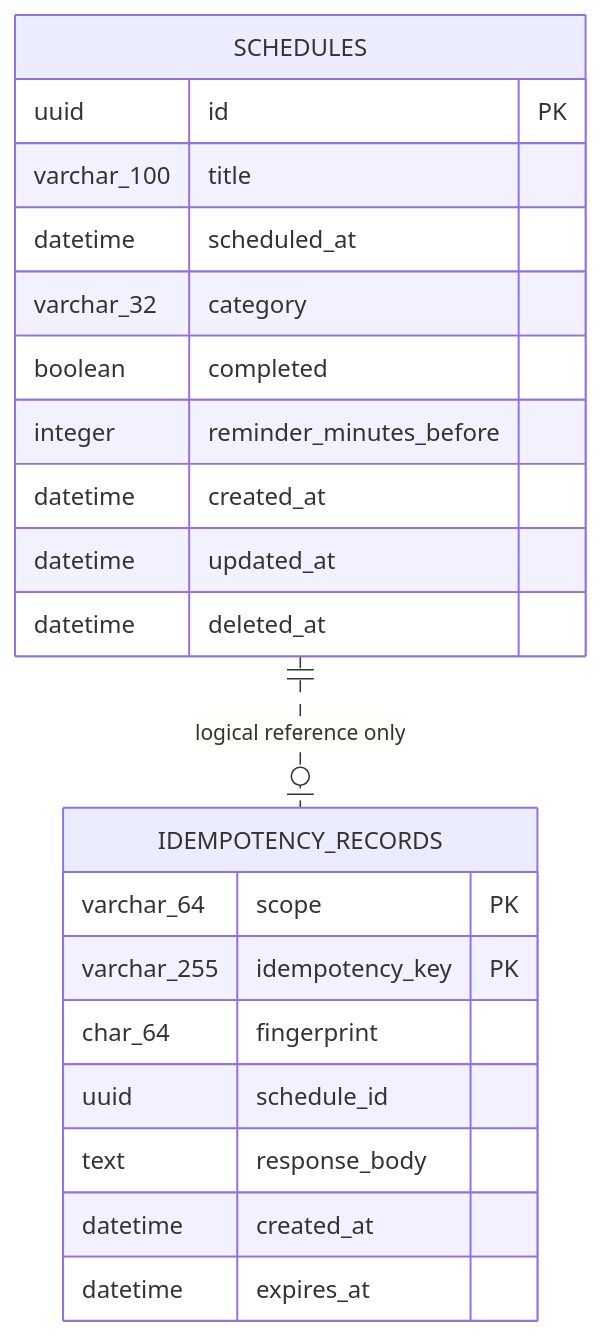
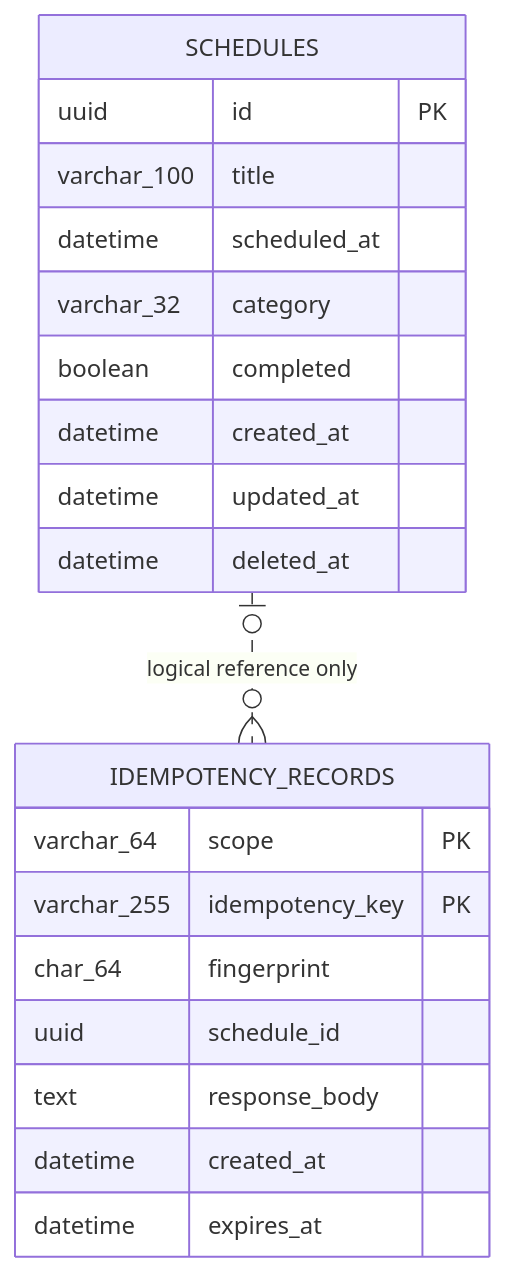
One commit to mobile-agent-6/server changed the first of 2 diagrams in docs/erd.md. Above: the diagram before and after it, drawn with Mermaid. The commit also changed other lines of this file and 985 other files, not shown here.

````diff
--- a/docs/erd.md
+++ b/docs/erd.md
@@ -17,26 +23,25 @@
 ```mermaid
 erDiagram
     SCHEDULES {
         uuid id PK
         varchar_100 title
         datetime scheduled_at
         varchar_32 category
         boolean completed
-        integer reminder_minutes_before
         datetime created_at
         datetime updated_at
         datetime deleted_at
     }
 
     IDEMPOTENCY_RECORDS {
         varchar_64 scope PK
         varchar_255 idempotency_key PK
         char_64 fingerprint
         uuid schedule_id
         text response_body
         datetime created_at
         datetime expires_at
     }
 
-    SCHEDULES ||..o| IDEMPOTENCY_RECORDS : "logical reference only"
+    SCHEDULES o|..o{ IDEMPOTENCY_RECORDS : "logical reference only"
 ```
````
